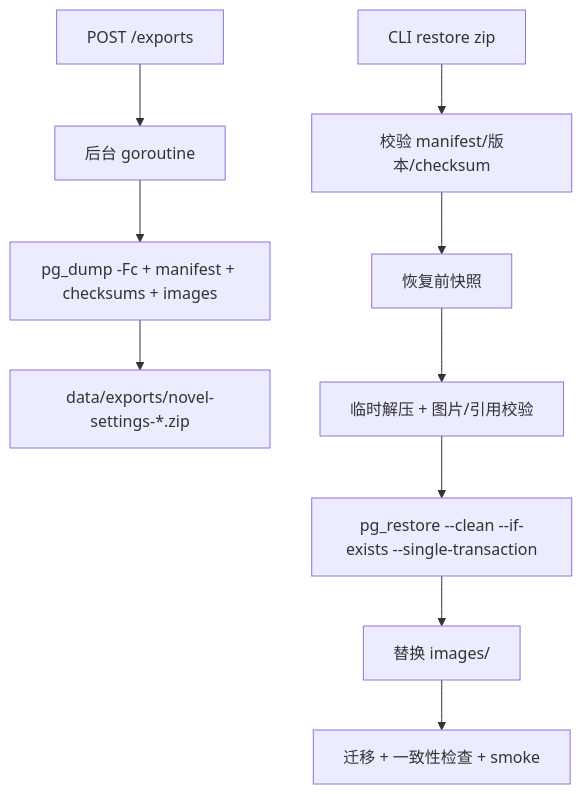
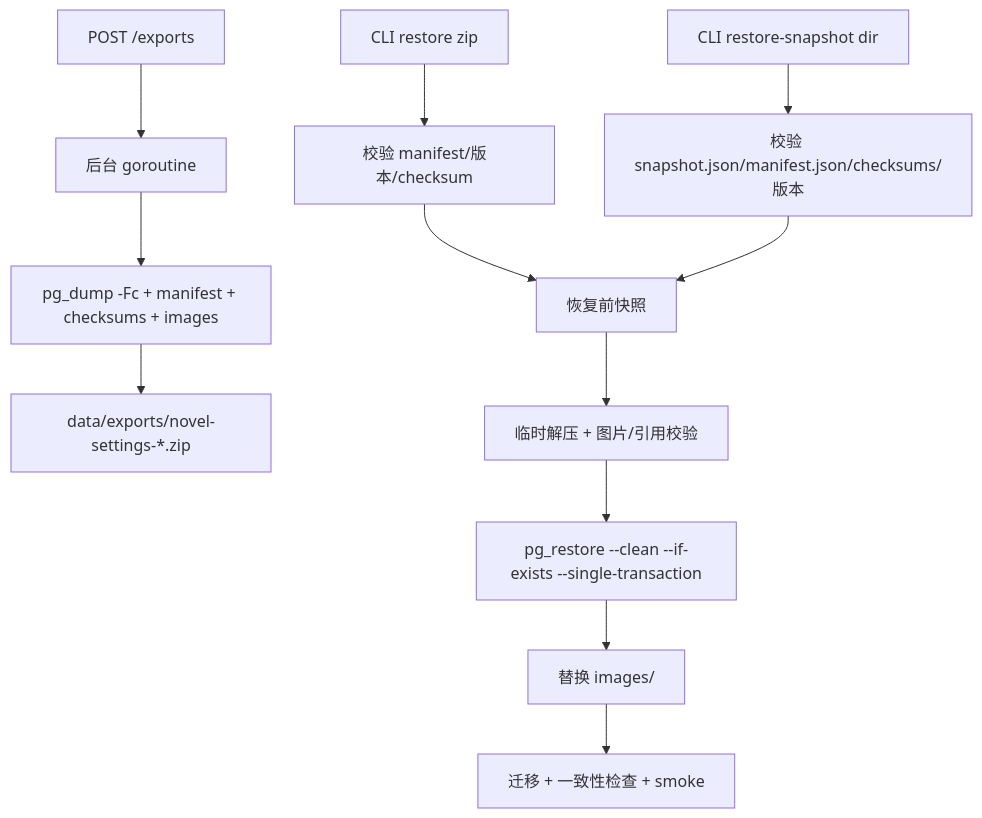
One commit to rose-ja/novel-management changed the seventh of 7 diagrams in project/architecture.md. Above: the diagram before and after it, drawn with Mermaid. The commit also changed other lines of this file and 31 other files, not shown here.

````diff
--- a/project/architecture.md
+++ b/project/architecture.md
@@ -378,12 +383,14 @@
 ```mermaid
 flowchart TB
   E[POST /exports] --> J[后台 goroutine]
   J --> D[pg_dump -Fc + manifest + checksums + images]
   D --> Z[data/exports/novel-settings-*.zip]
   R[CLI restore zip] --> V[校验 manifest/版本/checksum]
+  R2[CLI restore-snapshot dir] --> V2[校验 snapshot.json/manifest.json/checksums/版本]
   V --> S[恢复前快照]
+  V2 --> S
   S --> T[临时解压 + 图片/引用校验]
   T --> P[pg_restore --clean --if-exists --single-transaction]
   P --> I[替换 images/]
   I --> M[迁移 + 一致性检查 + smoke]
 ```
````
